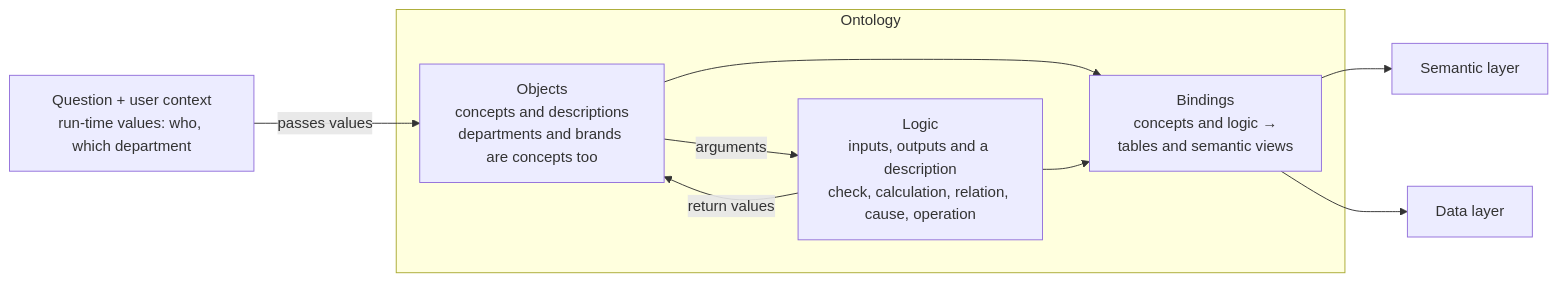
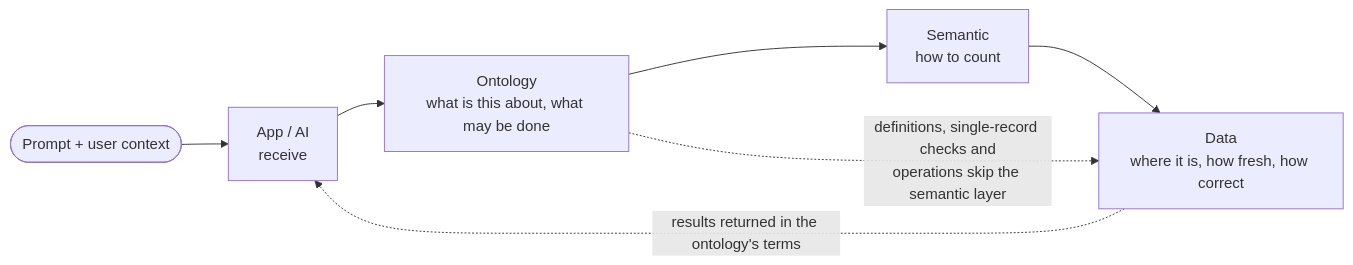
One commit to keito118/ai-ready-requirements changed the first of 2 diagrams in framework/en/06_ontology-design.md. Above: the diagram before and after it, drawn with Mermaid. The commit also changed other lines of this file and 16 other files, not shown here.

First line of the commit message:
Keep the five-element ontology and apply the new layer order

````diff
--- a/framework/en/06_ontology-design.md
+++ b/framework/en/06_ontology-design.md
@@ -7,15 +9,9 @@
 ```mermaid
 flowchart LR
-  IN["Question + user context<br/>run-time values: who, which department"] -- passes values --> OBJ
-  subgraph ONT[Ontology]
-    OBJ["Objects<br/>concepts and descriptions<br/>departments and brands are concepts too"]
-    LOG["Logic<br/>inputs, outputs and a description<br/>check, calculation, relation, cause, operation"]
-    BIND["Bindings<br/>concepts and logic →<br/>tables and semantic views"]
-    OBJ -- arguments --> LOG
-    LOG -- return values --> OBJ
-    OBJ --> BIND
-    LOG --> BIND
-  end
-  BIND --> SEM[Semantic layer]
-  BIND --> DAT[Data layer]
+  Q([Prompt + user context]) --> APP[App / AI<br/>receive]
+  APP --> O[Ontology<br/>what is this about, what may be done]
+  O --> S[Semantic<br/>how to count]
+  S --> D[Data<br/>where it is, how fresh, how correct]
+  O -. definitions, single-record checks and<br/>operations skip the semantic layer .-> D
+  D -. results returned in the ontology's terms .-> APP
 ```
````
